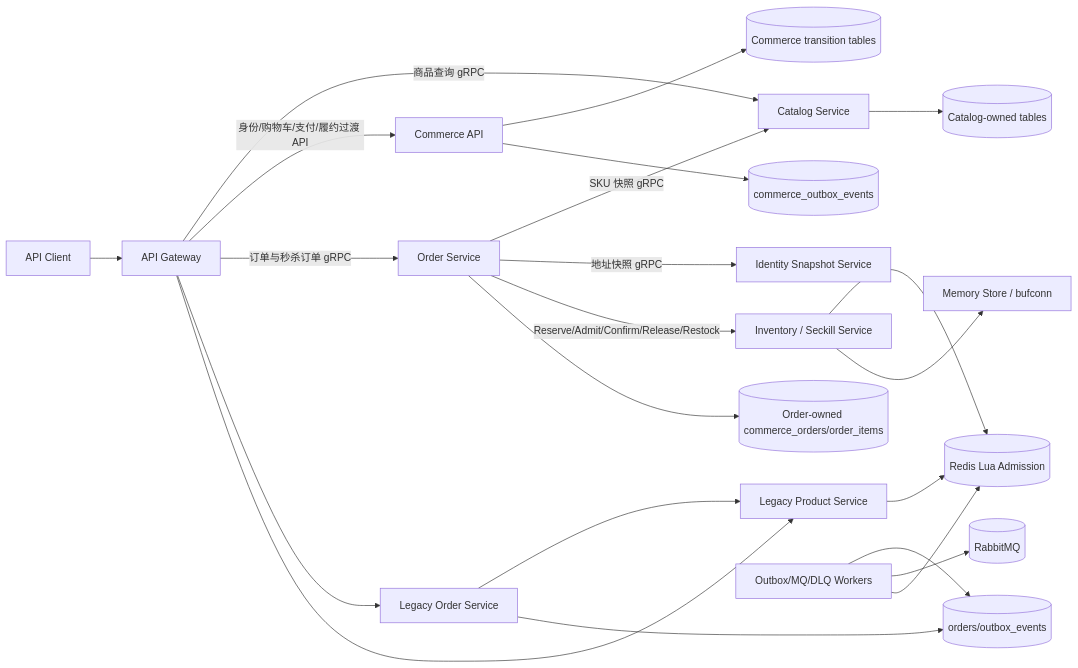
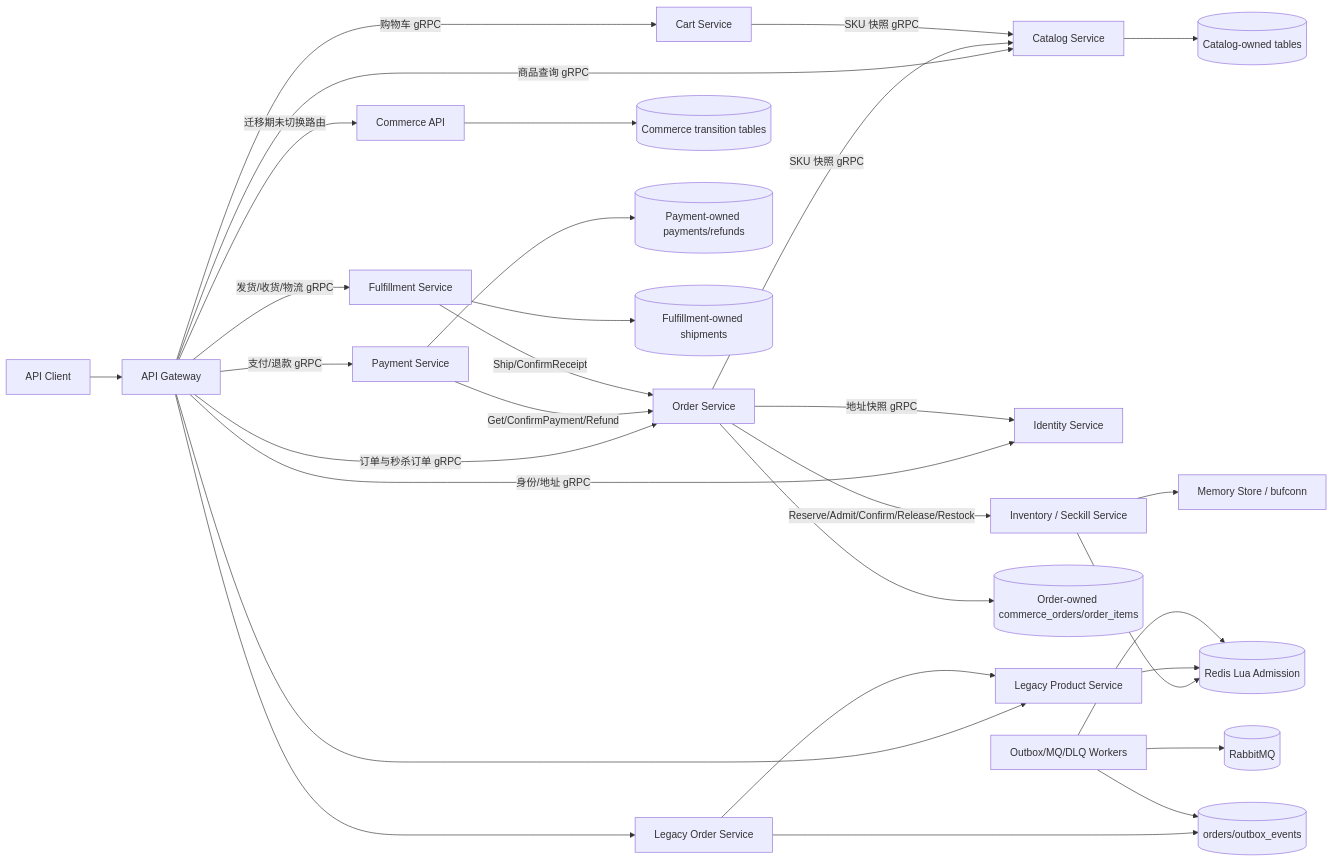
Before and after one commit to Kxa42/seckill-mall: the first of 3 diagrams in helloagents/wiki/arch.md, drawn with Mermaid. The commit also changed other lines of this file and 80 other files, not shown here.

Commit message:
feat：阶段 4 已完成：Identity、Cart、Payment、Fulfillment 已拆分为独立微服务，并由 Gateway 显式承接 /api/v1 路由

````diff
--- a/helloagents/wiki/arch.md
+++ b/helloagents/wiki/arch.md
@@ -7,25 +7,33 @@
 ```mermaid
 flowchart LR
     Client[API Client] --> Gateway[API Gateway]
     Gateway -->|商品查询 gRPC| Catalog[Catalog Service]
-    Gateway -->|身份/购物车/支付/履约过渡 API| Commerce[Commerce API]
+    Gateway -->|迁移期未切换路由| Commerce[Commerce API]
     Gateway -->|订单与秒杀订单 gRPC| Order[Order Service]
+    Gateway -->|身份/地址 gRPC| Identity[Identity Service]
+    Gateway -->|购物车 gRPC| Cart[Cart Service]
+    Gateway -->|支付/退款 gRPC| Payment[Payment Service]
+    Gateway -->|发货/收货/物流 gRPC| Fulfillment[Fulfillment Service]
     Order -->|SKU 快照 gRPC| Catalog[Catalog Service]
-    Order -->|地址快照 gRPC| Identity[Identity Snapshot Service]
+    Order -->|地址快照 gRPC| Identity
     Order -->|Reserve/Admit/Confirm/Release/Restock| Inventory[Inventory / Seckill Service]
+    Cart -->|SKU 快照 gRPC| Catalog
+    Payment -->|Get/ConfirmPayment/Refund| Order
+    Fulfillment -->|Ship/ConfirmReceipt| Order
     Catalog --> CatalogDB[(Catalog-owned tables)]
     Inventory --> Redis[(Redis Lua)]
     Inventory --> InventoryMemory[Memory Store / bufconn]
     Commerce --> CommerceDB[(Commerce transition tables)]
-    Commerce --> CommerceOutbox[(commerce_outbox_events)]
     Order --> OrderDB[(Order-owned commerce_orders/order_items)]
+    Payment --> PaymentDB[(Payment-owned payments/refunds)]
+    Fulfillment --> FulfillmentDB[(Fulfillment-owned shipments)]
 
     Gateway --> LegacyOrder[Legacy Order Service]
     Gateway --> LegacyProduct[Legacy Product Service]
     LegacyOrder --> LegacyProduct
     LegacyOrder --> LegacyDB[(orders/outbox_events)]
     LegacyProduct --> Redis[(Redis Lua Admission)]
     LegacyWorker[Outbox/MQ/DLQ Workers] --> LegacyDB
     LegacyWorker --> RabbitMQ[(RabbitMQ)]
     LegacyWorker --> Redis
 ```
````
